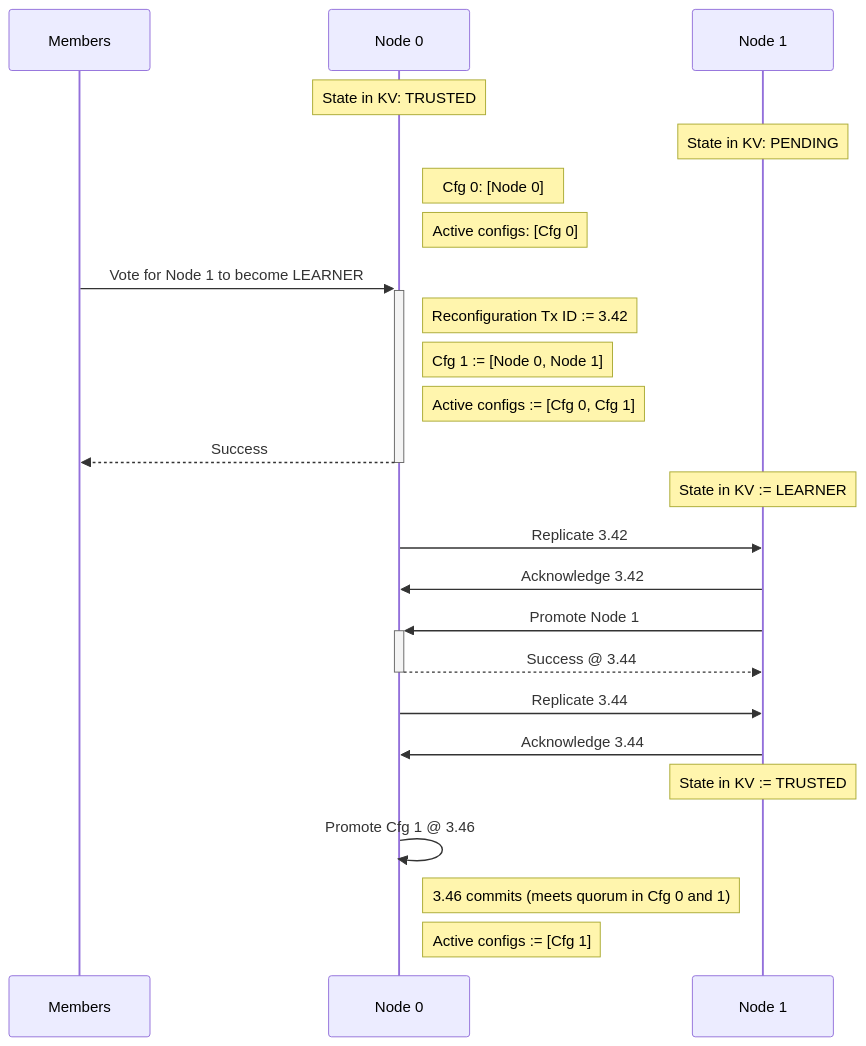
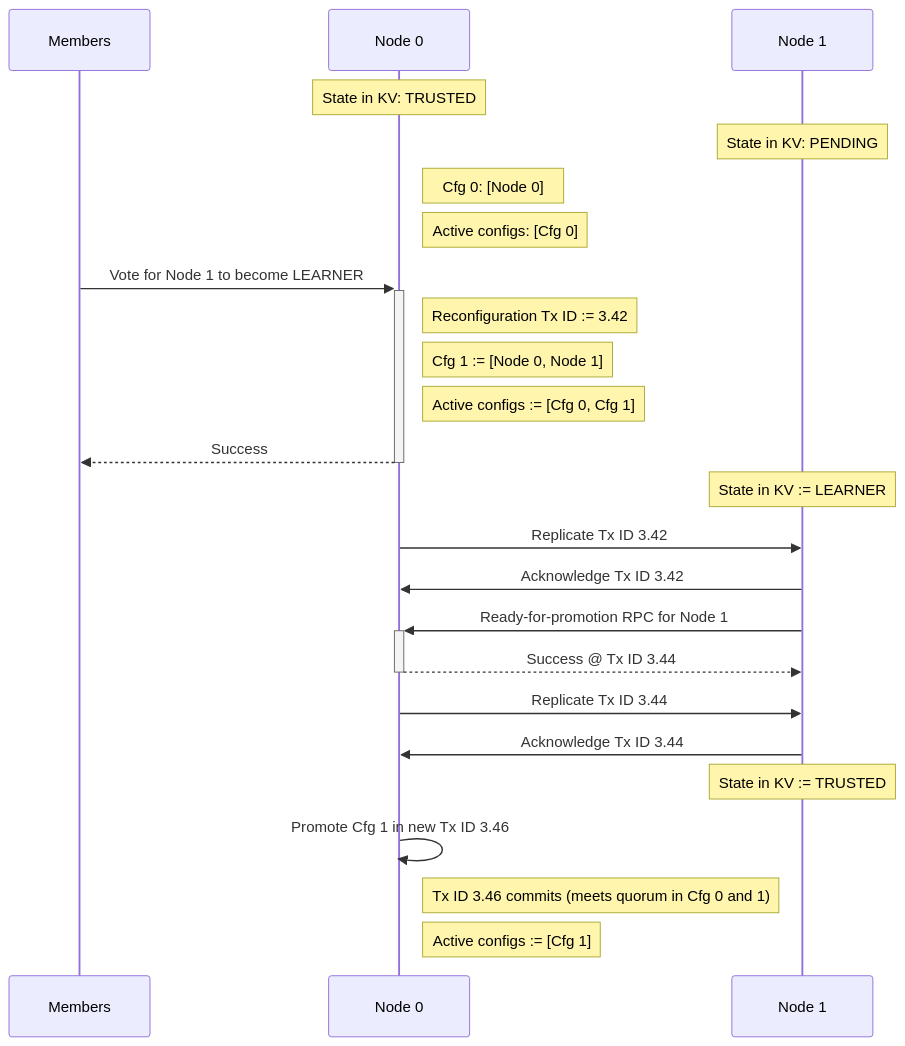
One commit to microsoft/CCF changed the third of 3 diagrams in doc/overview/consensus.rst. Above: the diagram before and after it, drawn with Mermaid. The commit also changed other lines of this file, not shown here.

Commit message:
Two-transaction refinements

```diff
--- a/doc/overview/consensus.rst
+++ b/doc/overview/consensus.rst
@@ -133,37 +133,37 @@
 .. mermaid::
 
     sequenceDiagram
         participant Members
         participant Node 0
         participant Node 1
 
         Note over Node 0: State in KV: TRUSTED
         Note over Node 1: State in KV: PENDING
 
         Note right of Node 0: Cfg 0: [Node 0]
         Note right of Node 0: Active configs: [Cfg 0]
 
         Members->>+Node 0: Vote for Node 1 to become LEARNER
 
         Note right of Node 0: Reconfiguration Tx ID := 3.42
         Note right of Node 0: Cfg 1 := [Node 0, Node 1]
         Note right of Node 0: Active configs := [Cfg 0, Cfg 1]
         Node 0-->>-Members: Success
 
         Note over Node 1: State in KV := LEARNER
 
-        Node 0->>Node 1: Replicate 3.42
-        Node 1->>Node 0: Acknowledge 3.42
+        Node 0->>Node 1: Replicate Tx ID 3.42
+        Node 1->>Node 0: Acknowledge Tx ID 3.42
         
-        Node 1->>+Node 0: Promote Node 1
-        Node 0-->>-Node 1: Success @ 3.44
+        Node 1->>+Node 0: Ready-for-promotion RPC for Node 1
+        Node 0-->>-Node 1: Success @ Tx ID 3.44
 
-        Node 0->>Node 1: Replicate 3.44
-        Node 1->>Node 0: Acknowledge 3.44
+        Node 0->>Node 1: Replicate Tx ID 3.44
+        Node 1->>Node 0: Acknowledge Tx ID 3.44
 
         Note over Node 1: State in KV := TRUSTED
 
-        Node 0->>Node 0: Promote Cfg 1 @ 3.46
+        Node 0->>Node 0: Promote Cfg 1 in new Tx ID 3.46
 
-        Note right of Node 0: 3.46 commits (meets quorum in Cfg 0 and 1)
+        Note right of Node 0: Tx ID 3.46 commits (meets quorum in Cfg 0 and 1)
         Note right of Node 0: Active configs := [Cfg 1]
```
